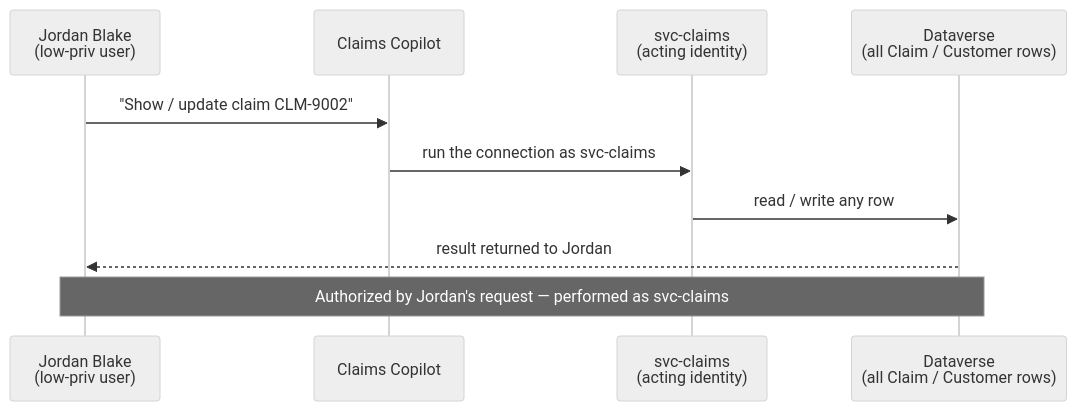
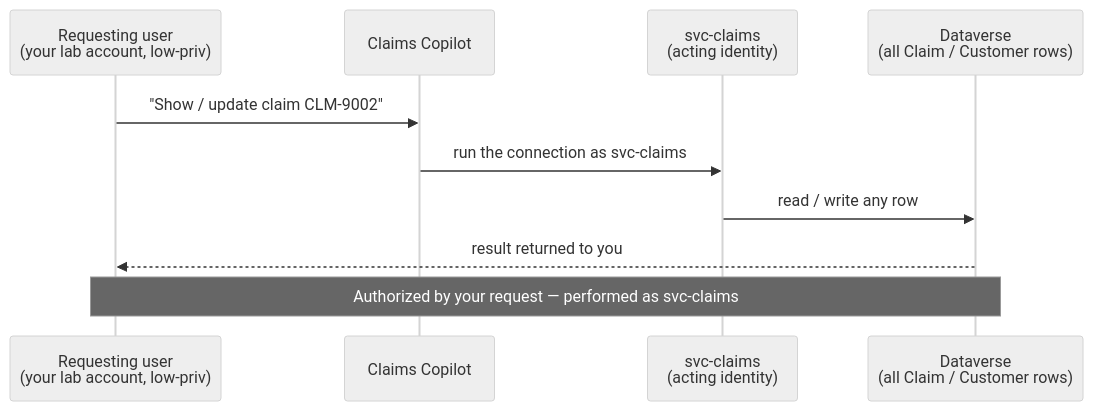
Before and after one commit to solliancenet/copilot-studio-shadow-agents-workshop: the diagram in docs/04_break_the_agents/04_04.md, drawn with Mermaid (neutral theme). The commit also changed other lines of this file and 1 other file, not shown here.

Commit message:
04_04: attendees use their own lab account; tenant and offline routes

````diff
--- a/docs/04_break_the_agents/04_04.md
+++ b/docs/04_break_the_agents/04_04.md
@@ -30,12 +29,12 @@
 ```mermaid
 sequenceDiagram
-  participant J as Jordan Blake<br/>(low-priv user)
+  participant J as Requesting user<br/>(your lab account, low-priv)
   participant A as Claims Copilot
   participant S as svc-claims<br/>(acting identity)
   participant D as Dataverse<br/>(all Claim / Customer rows)
   J->>A: "Show / update claim CLM-9002"
   A->>S: run the connection as svc-claims
   S->>D: read / write any row
-  D-->>J: result returned to Jordan
-  Note over J,D: Authorized by Jordan's request — performed as svc-claims
+  D-->>J: result returned to you
+  Note over J,D: Authorized by your request — performed as svc-claims
 ```
````
